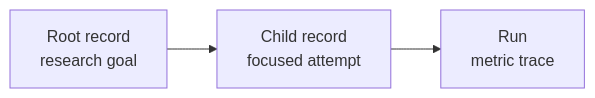
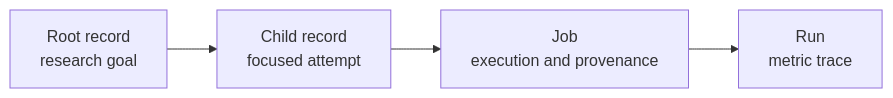
Before and after one commit to SwissDataScienceCenter/hiraku: the diagram in docs/index.md, drawn with Mermaid. The commit also changed other lines of this file and 70 other files, not shown here.

````diff
--- a/docs/index.md
+++ b/docs/index.md
@@ -63,4 +63,4 @@
 ```mermaid
 flowchart LR
-    T[Root record<br/>research goal] --> E[Child record<br/>focused attempt] --> R[Run<br/>metric trace]
+    T[Root record<br/>research goal] --> E[Child record<br/>focused attempt] --> J[Job<br/>execution and provenance] --> R[Run<br/>metric trace]
 ```
````
